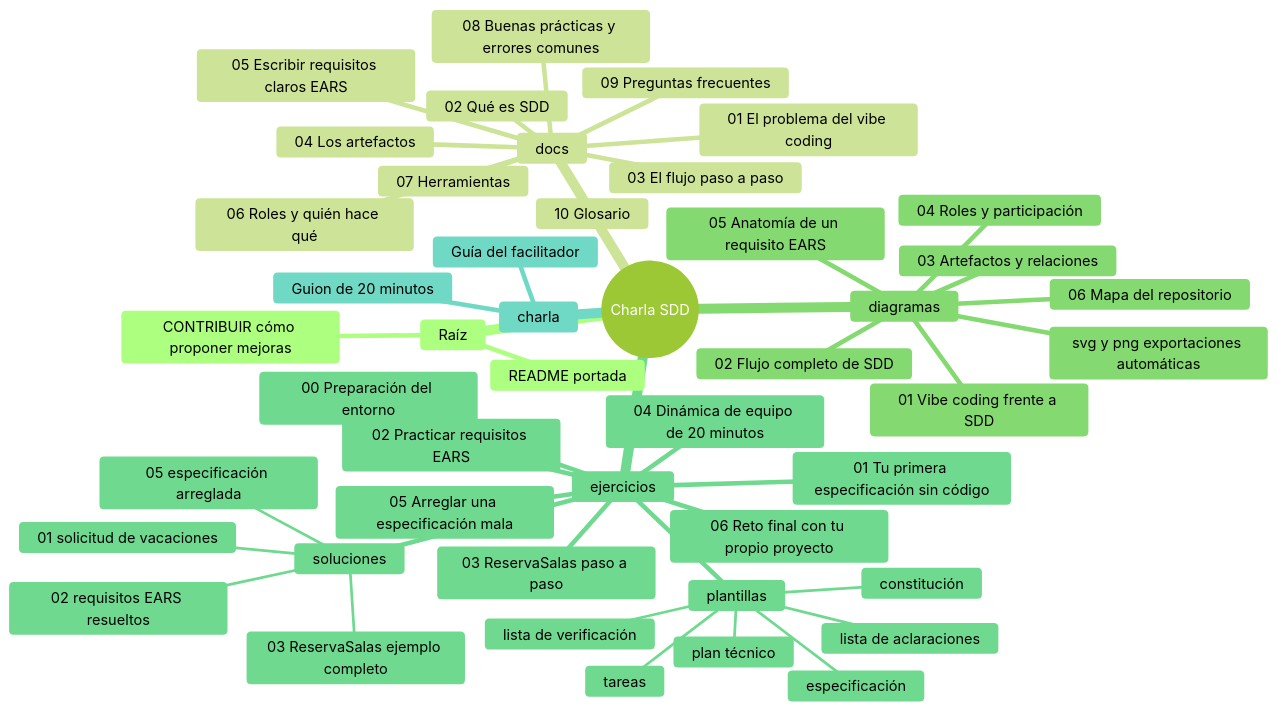
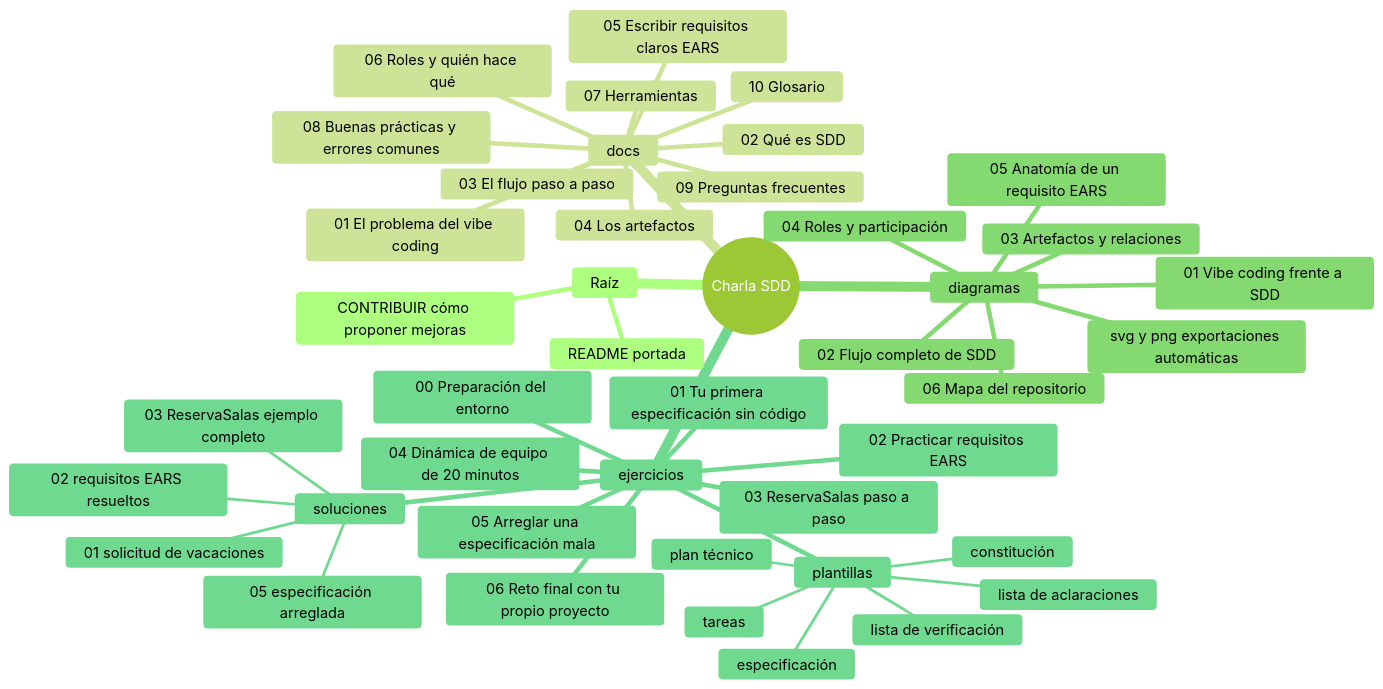
Before and after one commit to antroc/charla-sdd: the first of 5 diagrams in diagramas/06-mapa-del-repositorio.md, drawn with Mermaid (forest theme). The commit also changed other lines of this file and 18 other files, not shown here.

````diff
--- a/diagramas/06-mapa-del-repositorio.md
+++ b/diagramas/06-mapa-del-repositorio.md
@@ -17,49 +17,46 @@
 ```mermaid
 mindmap
   root((Charla SDD))
     Raíz
       README portada
       CONTRIBUIR cómo proponer mejoras
     docs
       01 El problema del vibe coding
       02 Qué es SDD
       03 El flujo paso a paso
       04 Los artefactos
       05 Escribir requisitos claros EARS
       06 Roles y quién hace qué
       07 Herramientas
       08 Buenas prácticas y errores comunes
       09 Preguntas frecuentes
       10 Glosario
     diagramas
       01 Vibe coding frente a SDD
       02 Flujo completo de SDD
       03 Artefactos y relaciones
       04 Roles y participación
       05 Anatomía de un requisito EARS
       06 Mapa del repositorio
       svg y png exportaciones automáticas
     ejercicios
       00 Preparación del entorno
       01 Tu primera especificación sin código
       02 Practicar requisitos EARS
       03 ReservaSalas paso a paso
       04 Dinámica de equipo de 20 minutos
       05 Arreglar una especificación mala
       06 Reto final con tu propio proyecto
       plantillas
         constitución
         especificación
         lista de aclaraciones
         plan técnico
         tareas
         lista de verificación
       soluciones
         01 solicitud de vacaciones
         02 requisitos EARS resueltos
         03 ReservaSalas ejemplo completo
         05 especificación arreglada
-    charla
-      Guion de 20 minutos
-      Guía del facilitador
 ```
````
